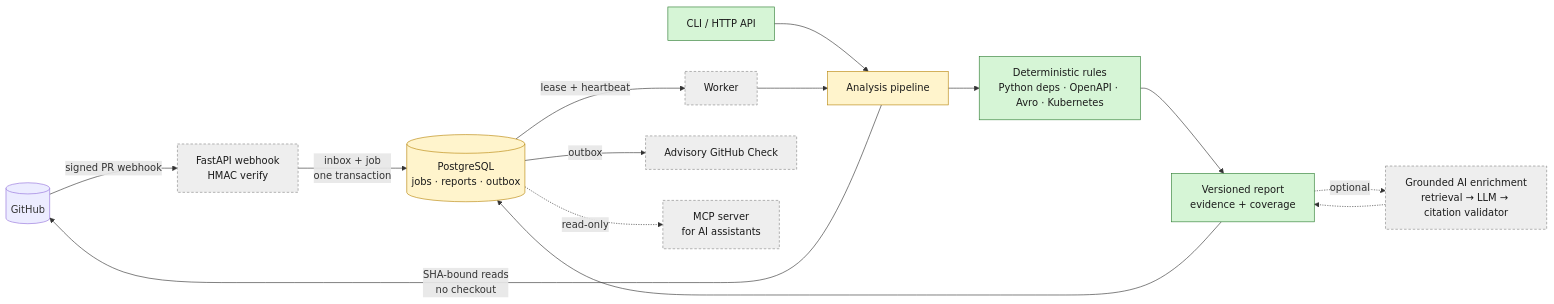
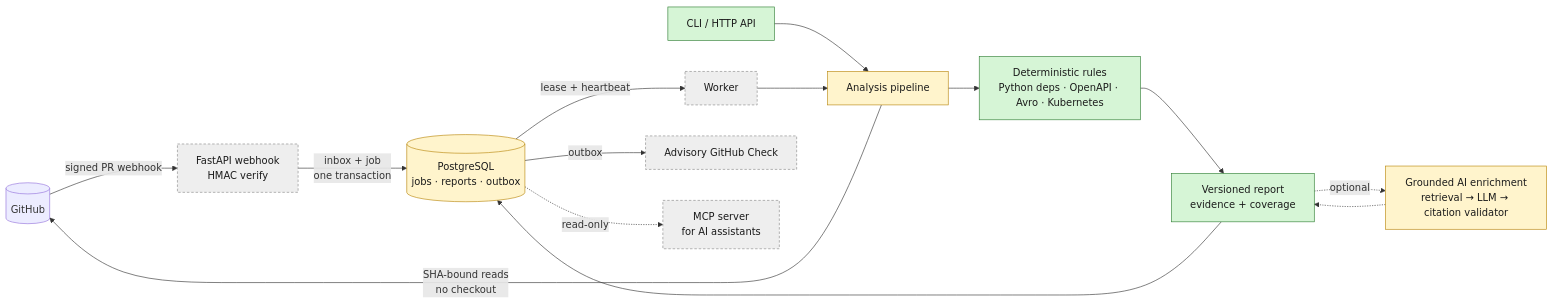
One commit to belimm01/changeguard-ai changed the diagram in README.md. Above: the diagram before and after it, drawn with Mermaid. The commit also changed other lines of this file and 36 other files, not shown here.

````diff
--- a/README.md
+++ b/README.md
@@ -27,23 +27,23 @@
 ```mermaid
 flowchart LR
     GH[(GitHub)] -- signed PR webhook --> WH[FastAPI webhook<br/>HMAC verify]
     CLI[CLI / HTTP API] --> PIPE
     WH -- inbox + job<br/>one transaction --> PG[(PostgreSQL<br/>jobs · reports · outbox)]
     PG -- lease + heartbeat --> WK[Worker]
     WK --> PIPE[Analysis pipeline]
     PIPE -- SHA-bound reads<br/>no checkout --> GH
     PIPE --> RULES[Deterministic rules<br/>Python deps · OpenAPI · Avro · Kubernetes]
     RULES --> RPT[Versioned report<br/>evidence + coverage]
     RPT -. optional .-> AI[Grounded AI enrichment<br/>retrieval → LLM → citation validator]
     AI -.-> RPT
     RPT --> PG
     PG -- outbox --> CHK[Advisory GitHub Check]
     PG -. read-only .-> MCP[MCP server<br/>for AI assistants]
 
     classDef done fill:#d6f5d6,stroke:#2e7d32,color:#1b1b1b;
     classDef wip fill:#fff4cc,stroke:#b8860b,color:#1b1b1b;
     classDef planned fill:#eeeeee,stroke:#888,color:#1b1b1b,stroke-dasharray:4 3;
     class CLI,RULES,RPT done;
-    class PIPE,PG wip;
-    class WH,WK,AI,CHK,MCP planned;
+    class PIPE,PG,AI wip;
+    class WH,WK,CHK,MCP planned;
 ```
````
